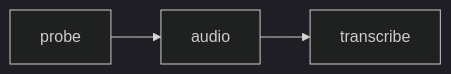
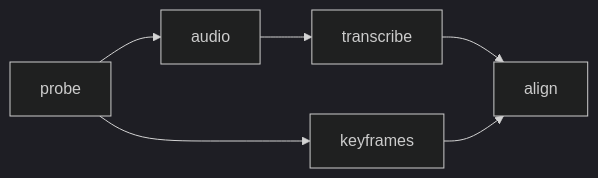
Before and after one commit to Devanshi-cmd/engram: the diagram in docs/ARCHITECTURE.md, drawn with Mermaid (dark theme). The commit also changed other lines of this file and 11 other files, not shown here.

````diff
--- a/docs/ARCHITECTURE.md
+++ b/docs/ARCHITECTURE.md
@@ -36,4 +42,5 @@
 ```mermaid
 flowchart LR
-  P[probe] --> A[audio] --> T[transcribe]
+  P[probe] --> A[audio] --> T[transcribe] --> L[align]
+  P --> K[keyframes] --> L
 ```
````
